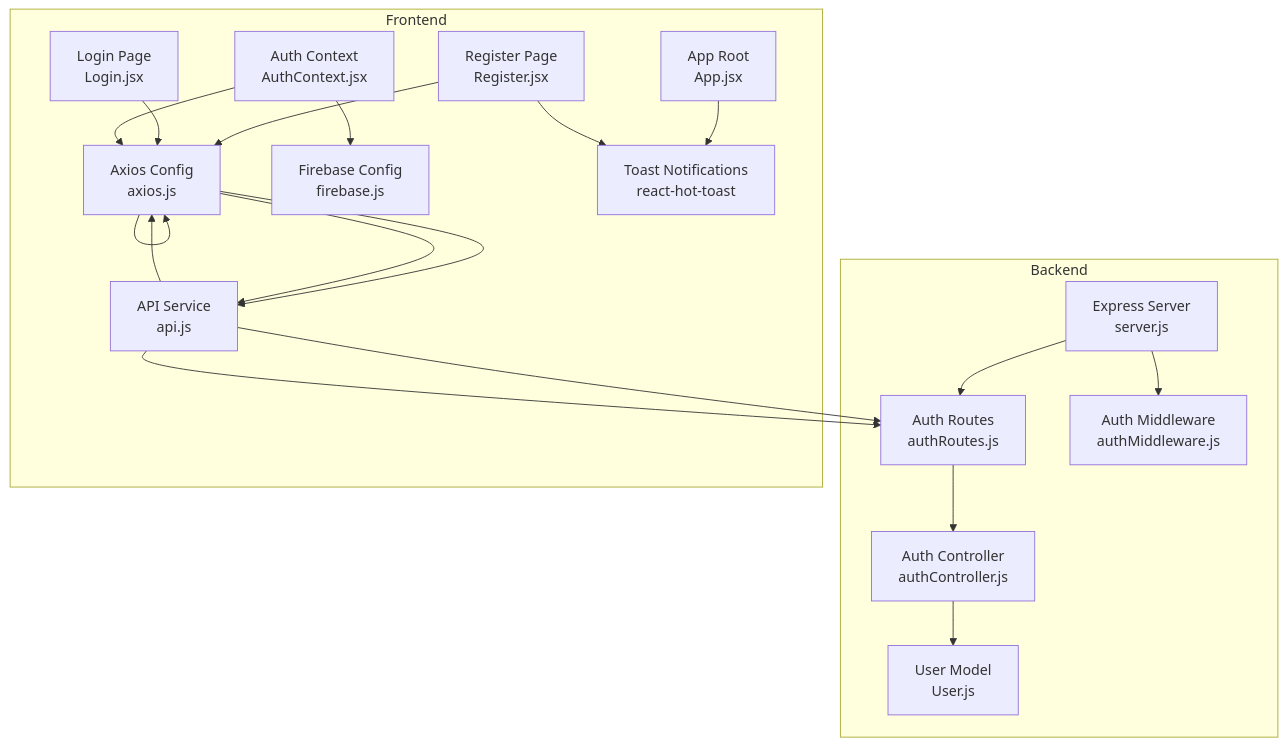
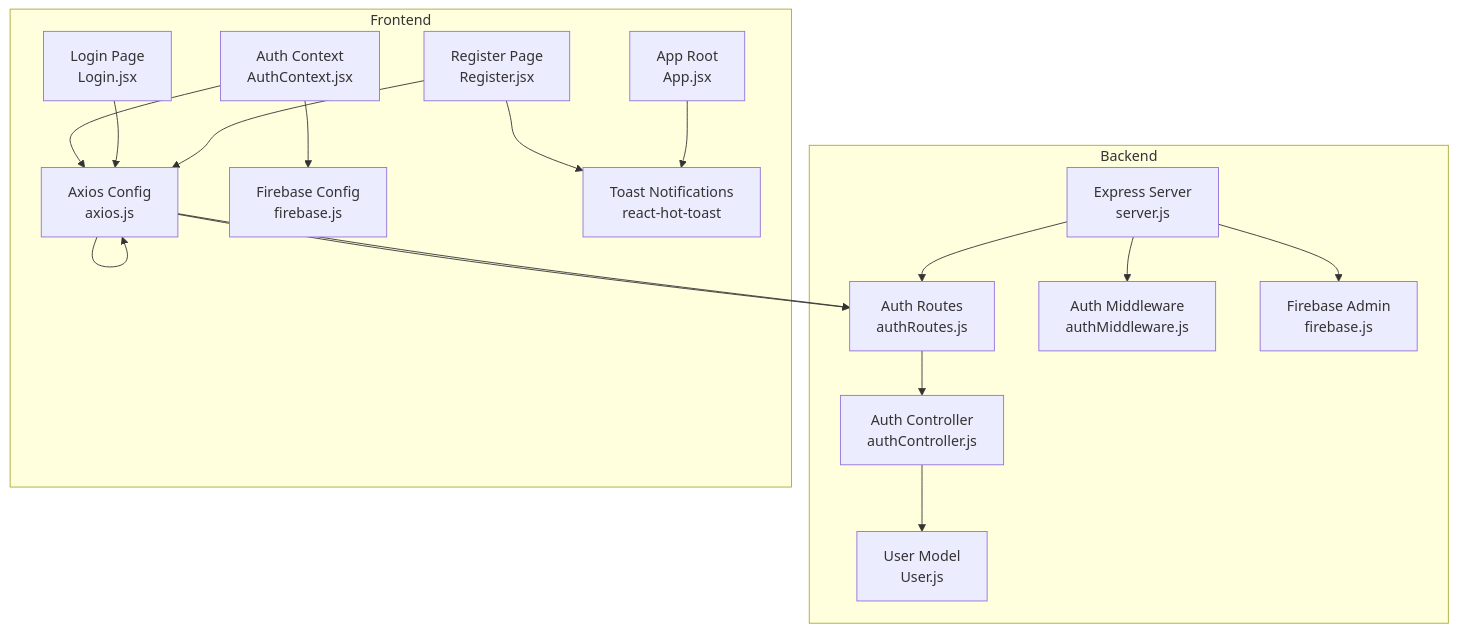
One commit to Pavan-PSPK9032/TrendsandToss changed the first of 7 diagrams in .qoder/repowiki/en/content/Authentication & Authorization/Login & Registration Process.md. Above: the diagram before and after it, drawn with Mermaid. The commit also changed other lines of this file and 9 other files, not shown here.

````diff
--- a/.qoder/repowiki/en/content/Authentication & Authorization/Login & Registration Process.md
+++ b/.qoder/repowiki/en/content/Authentication & Authorization/Login & Registration Process.md
@@ -50,30 +49,30 @@
 ```mermaid
 graph TB
 subgraph "Backend"
 S["Express Server<br/>server.js"]
 R["Auth Routes<br/>authRoutes.js"]
 C["Auth Controller<br/>authController.js"]
 M["User Model<br/>User.js"]
 MW["Auth Middleware<br/>authMiddleware.js"]
+FBC["Firebase Admin<br/>firebase.js"]
 end
 subgraph "Frontend"
 AX["Axios Config<br/>axios.js"]
-SVC["API Service<br/>api.js"]
 REG["Register Page<br/>Register.jsx"]
 LOG["Login Page<br/>Login.jsx"]
 CTX["Auth Context<br/>AuthContext.jsx"]
 FIRE["Firebase Config<br/>firebase.js"]
 APP["App Root<br/>App.jsx"]
 TOAST["Toast Notifications<br/>react-hot-toast"]
 end
 S --> R --> C --> M
 S --> MW
-REG --> AX --> SVC --> R
-LOG --> AX --> SVC --> R
+S --> FBC
+REG --> AX --> R
+LOG --> AX --> R
 AX --> AX
-SVC --> AX
 CTX --> AX
 CTX --> FIRE
 APP --> TOAST
 REG --> TOAST
 ```
````
